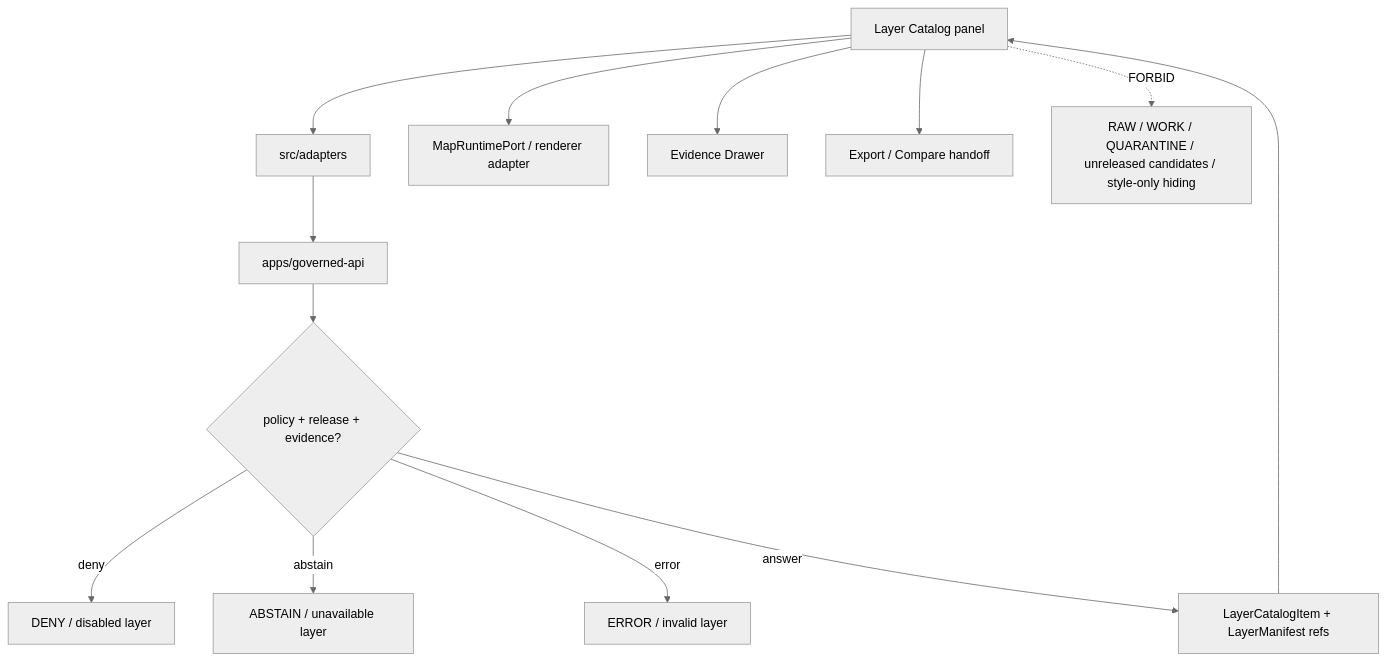
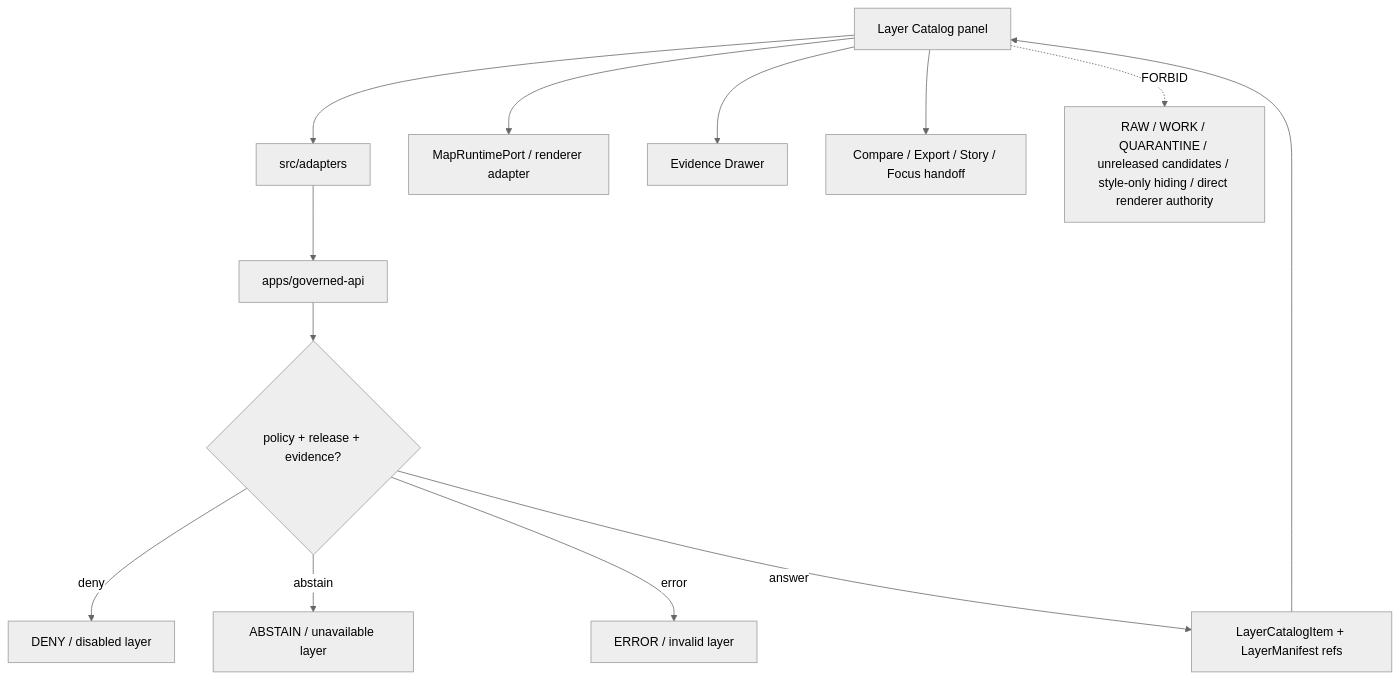
One commit to bartytime4life/Kansas-Frontier-Matrix changed the diagram in apps/explorer-web/src/features/layer_catalog/README.md. Above: the diagram before and after it, drawn with Mermaid (neutral theme). The commit also changed other lines of this file, not shown here.

````diff
--- a/apps/explorer-web/src/features/layer_catalog/README.md
+++ b/apps/explorer-web/src/features/layer_catalog/README.md
@@ -217,15 +271,15 @@
 ```mermaid
 flowchart TD
     panel["Layer Catalog panel"] --> adapters["src/adapters"]
     adapters --> api["apps/governed-api"]
     api --> policy{"policy + release + evidence?"}
     policy -->|deny| deny["DENY / disabled layer"]
     policy -->|abstain| abstain["ABSTAIN / unavailable layer"]
     policy -->|error| error["ERROR / invalid layer"]
     policy -->|answer| item["LayerCatalogItem + LayerManifest refs"]
     item --> panel
     panel --> map["MapRuntimePort / renderer adapter"]
     panel --> drawer["Evidence Drawer"]
-    panel --> export["Export / Compare handoff"]
-    panel -. FORBID .-> raw["RAW / WORK / QUARANTINE / unreleased candidates / style-only hiding"]
+    panel --> downstream["Compare / Export / Story / Focus handoff"]
+    panel -. FORBID .-> raw["RAW / WORK / QUARANTINE / unreleased candidates / style-only hiding / direct renderer authority"]
 ```
````
